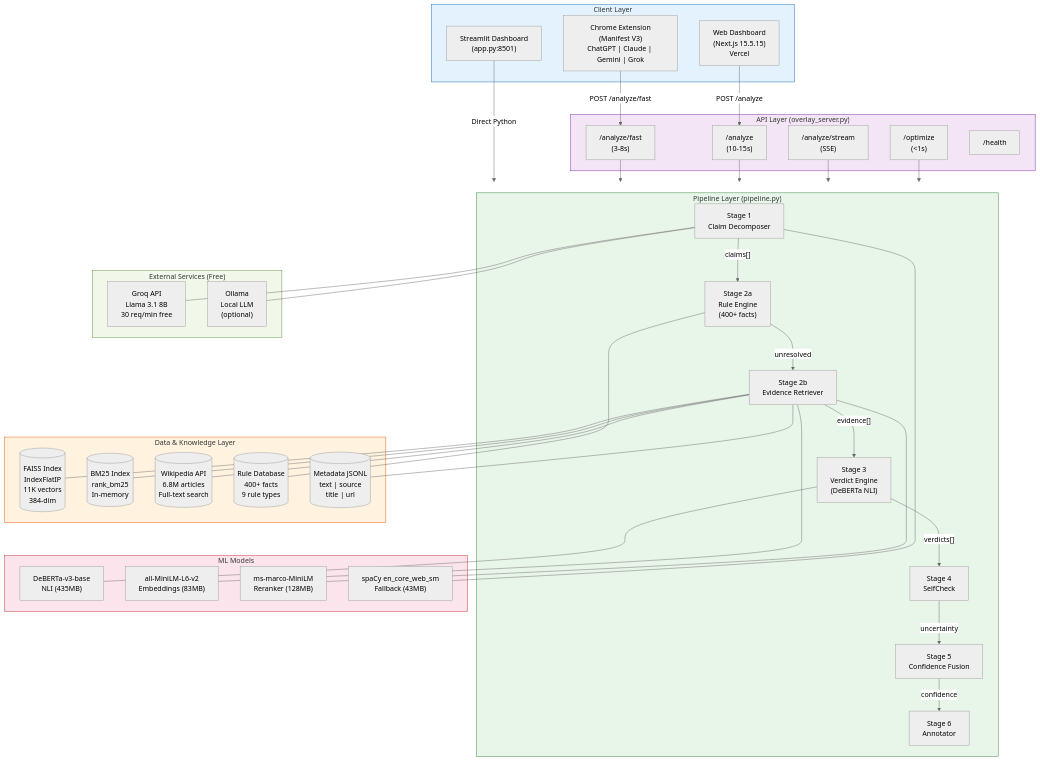
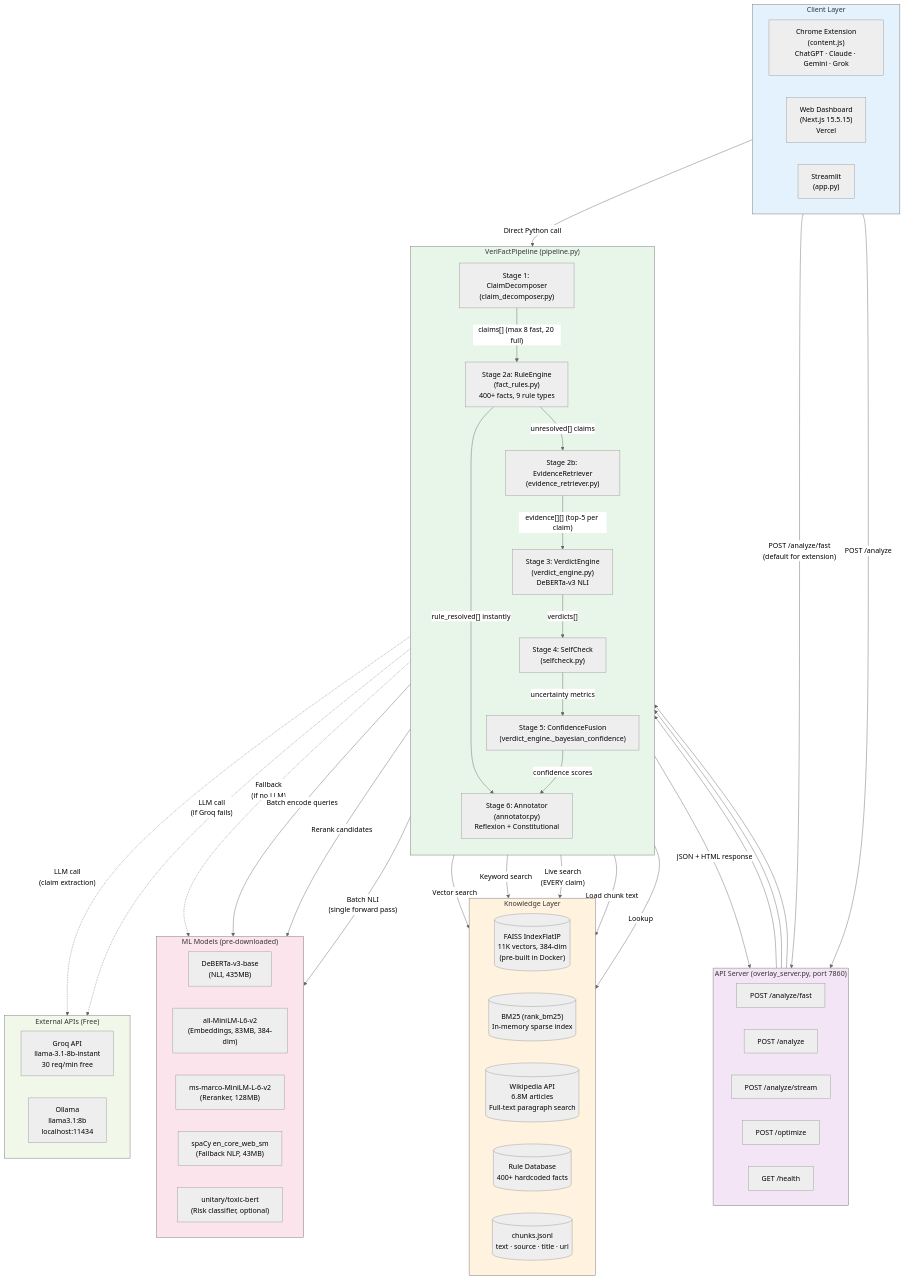
One commit to ASHISH-ADITYA/VeriFACT-AI changed the first of 10 diagrams in DIAGRAMS_MERMAID.md. Above: the diagram before and after it, drawn with Mermaid (neutral theme). The commit also changed other lines of this file, not shown here.

Commit message:
Rewrite all 10 diagrams: verified against source code, exact decision branches

````diff
--- a/DIAGRAMS_MERMAID.md
+++ b/DIAGRAMS_MERMAID.md
@@ -9,81 +10,91 @@
 ```mermaid
 graph TB
-    subgraph CLIENT["Client Layer"]
-        EXT["Chrome Extension<br/>(Manifest V3)<br/>ChatGPT | Claude | Gemini | Grok"]
-        WEB["Web Dashboard<br/>(Next.js 15.5.15)<br/>Vercel"]
-        STR["Streamlit Dashboard<br/>(app.py:8501)"]
+    subgraph CLIENTS["Client Layer"]
+        direction LR
+        EXT["Chrome Extension\n(content.js)\nChatGPT · Claude · Gemini · Grok"]
+        WEB["Web Dashboard\n(Next.js 15.5.15)\nVercel"]
+        STREAM["Streamlit\n(app.py)"]
     end
 
-    subgraph API["API Layer (overlay_server.py)"]
-        AF["/analyze/fast<br/>(3-8s)"]
-        AN["/analyze<br/>(10-15s)"]
-        AS["/analyze/stream<br/>(SSE)"]
-        OP["/optimize<br/>(<1s)"]
-        HE["/health"]
+    subgraph SERVER["API Server (overlay_server.py, port 7860)"]
+        direction LR
+        FAST["POST /analyze/fast"]
+        FULL["POST /analyze"]
+        SSE["POST /analyze/stream"]
+        OPT["POST /optimize"]
+        HEALTH["GET /health"]
     end
 
-    subgraph PIPE["Pipeline Layer (pipeline.py)"]
-        CD["Stage 1<br/>Claim Decomposer"]
-        RE["Stage 2a<br/>Rule Engine<br/>(400+ facts)"]
-        ER["Stage 2b<br/>Evidence Retriever"]
-        VE["Stage 3<br/>Verdict Engine<br/>(DeBERTa NLI)"]
-        SC["Stage 4<br/>SelfCheck"]
-        CF["Stage 5<br/>Confidence Fusion"]
-        AO["Stage 6<br/>Annotator"]
+    subgraph PIPELINE["VeriFactPipeline (pipeline.py)"]
+        direction TB
+        S1["Stage 1: ClaimDecomposer\n(claim_decomposer.py)"]
+        S2A["Stage 2a: RuleEngine\n(fact_rules.py)\n400+ facts, 9 rule types"]
+        S2B["Stage 2b: EvidenceRetriever\n(evidence_retriever.py)"]
+        S3["Stage 3: VerdictEngine\n(verdict_engine.py)\nDeBERTa-v3 NLI"]
+        S4["Stage 4: SelfCheck\n(selfcheck.py)"]
+        S5["Stage 5: ConfidenceFusion\n(verdict_engine._bayesian_confidence)"]
+        S6["Stage 6: Annotator\n(annotator.py)\nReflexion + Constitutional"]
     end
 
-    subgraph DATA["Data & Knowledge Layer"]
-        FAISS[("FAISS Index<br/>IndexFlatIP<br/>11K vectors<br/>384-dim")]
-        BM25[("BM25 Index<br/>rank_bm25<br/>In-memory")]
-        WIKI[("Wikipedia API<br/>6.8M articles<br/>Full-text search")]
-        RULES[("Rule Database<br/>400+ facts<br/>9 rule types")]
-        META[("Metadata JSONL<br/>text | source<br/>title | url")]
+    subgraph KNOWLEDGE["Knowledge Layer"]
+        direction LR
+        FAISS[("FAISS IndexFlatIP\n11K vectors, 384-dim\n(pre-built in Docker)")]
+        BM25[("BM25 (rank_bm25)\nIn-memory sparse index")]
+        WIKI_API[("Wikipedia API\n6.8M articles\nFull-text paragraph search")]
+        RULES_DB[("Rule Database\n400+ hardcoded facts")]
+        METADATA[("chunks.jsonl\ntext · source · title · url")]
     end
 
-    subgraph MODELS["ML Models"]
-        DEBERTA["DeBERTa-v3-base<br/>NLI (435MB)"]
-        MINILM["all-MiniLM-L6-v2<br/>Embeddings (83MB)"]
-        RERANK["ms-marco-MiniLM<br/>Reranker (128MB)"]
-        SPACY["spaCy en_core_web_sm<br/>Fallback (43MB)"]
+    subgraph MODELS["ML Models (pre-downloaded)"]
+        direction LR
+        DEBERTA["DeBERTa-v3-base\n(NLI, 435MB)"]
+        MINILM["all-MiniLM-L6-v2\n(Embeddings, 83MB, 384-dim)"]
+        RERANKER["ms-marco-MiniLM-L-6-v2\n(Reranker, 128MB)"]
+        SPACY_M["spaCy en_core_web_sm\n(Fallback NLP, 43MB)"]
+        TOXIC["unitary/toxic-bert\n(Risk classifier, optional)"]
     end
 
-    subgraph EXTERNAL["External Services (Free)"]
-        GROQ["Groq API<br/>Llama 3.1 8B<br/>30 req/min free"]
-        OLLAMA["Ollama<br/>Local LLM<br/>(optional)"]
+    subgraph EXTERNAL["External APIs (Free)"]
+        direction LR
+        GROQ["Groq API\nllama-3.1-8b-instant\n30 req/min free"]
+        OLLAMA["Ollama\nllama3.1:8b\nlocalhost:11434"]
     end
 
-    EXT -->|"POST /analyze/fast"| AF
-    WEB -->|"POST /analyze"| AN
-    STR -->|"Direct Python"| PIPE
+    EXT -->|"POST /analyze/fast\n(default for extension)"| FAST
+    WEB -->|"POST /analyze"| FULL
+    STREAM -->|"Direct Python call"| S1
 
-    AF --> PIPE
-    AN --> PIPE
-    AS --> PIPE
-    OP --> PIPE
+    FAST --> S1
+    FULL --> S1
+    SSE --> S1
 
-    CD -->|"claims[]"| RE
-    RE -->|"unresolved"| ER
-    ER -->|"evidence[]"| VE
-    VE -->|"verdicts[]"| SC
-    SC -->|"uncertainty"| CF
-    CF -->|"confidence"| AO
+    S1 -->|"claims[] (max 8 fast, 20 full)"| S2A
+    S2A -->|"rule_resolved[] instantly"| S6
+    S2A -->|"unresolved[] claims"| S2B
+    S2B -->|"evidence[][] (top-5 per claim)"| S3
+    S3 -->|"verdicts[]"| S4
+    S4 -->|"uncertainty metrics"| S5
+    S5 -->|"confidence scores"| S6
+    S6 -->|"JSON + HTML response"| SERVER
 
-    ER --- FAISS
-    ER --- BM25
-    ER --- WIKI
-    ER --- META
-    RE --- RULES
-    VE --- DEBERTA
-    ER --- MINILM
-    ER --- RERANK
-    CD --- GROQ
-    CD --- OLLAMA
-    CD --- SPACY
+    S1 -.->|"LLM call\n(claim extraction)"| GROQ
+    S1 -.->|"LLM call\n(if Groq fails)"| OLLAMA
+    S1 -.->|"Fallback\n(if no LLM)"| SPACY_M
 
-    style CLIENT fill:#e3f2fd,stroke:#1565c0
-    style API fill:#f3e5f5,stroke:#7b1fa2
-    style PIPE fill:#e8f5e9,stroke:#2e7d32
-    style DATA fill:#fff3e0,stroke:#e65100
-    style MODELS fill:#fce4ec,stroke:#c62828
-    style EXTERNAL fill:#f1f8e9,stroke:#558b2f
+    S2B -->|"Batch encode queries"| MINILM
+    S2B -->|"Vector search"| FAISS
+    S2B -->|"Keyword search"| BM25
+    S2B -->|"Rerank candidates"| RERANKER
+    S2B -->|"Live search\n(EVERY claim)"| WIKI_API
+    S2B -->|"Load chunk text"| METADATA
+    S2A -->|"Lookup"| RULES_DB
+
+    S3 -->|"Batch NLI\n(single forward pass)"| DEBERTA
+
+    style CLIENTS fill:#E3F2FD
+    style SERVER fill:#F3E5F5
+    style PIPELINE fill:#E8F5E9
+    style KNOWLEDGE fill:#FFF3E0
+    style MODELS fill:#FCE4EC
+    style EXTERNAL fill:#F1F8E9
 ```
````
